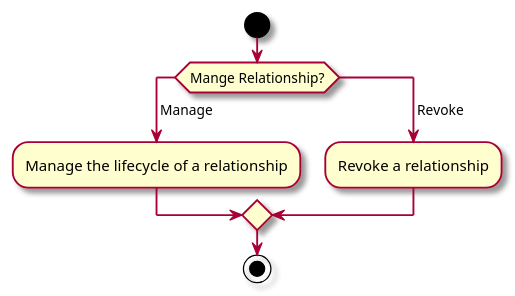
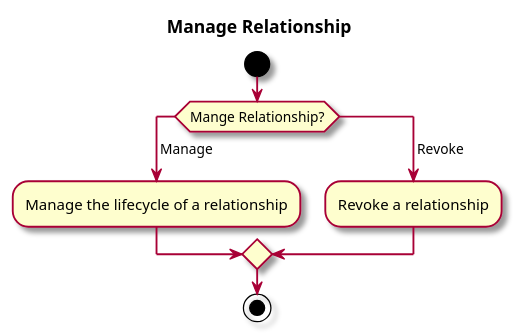
One commit to NHSDigital/interoperability-standards-documentation changed the diagram in input/images-source/national-proxy-service-activity-manage-relationship.plantuml. Above: the diagram before and after it, drawn with PlantUML. The commit also changed 6 other files, not shown here.

```diff
--- a/input/images-source/national-proxy-service-activity-manage-relationship.plantuml
+++ b/input/images-source/national-proxy-service-activity-manage-relationship.plantuml
@@ -1,14 +1,16 @@
 @startuml
 
 skin rose
+
+title Manage Relationship
 
 start
 switch (Mange Relationship?)
 case ( Manage )
   :Manage the lifecycle of a relationship;
 case ( Revoke )
   :Revoke a relationship;
 endswitch
 stop
 
 @enduml
```
